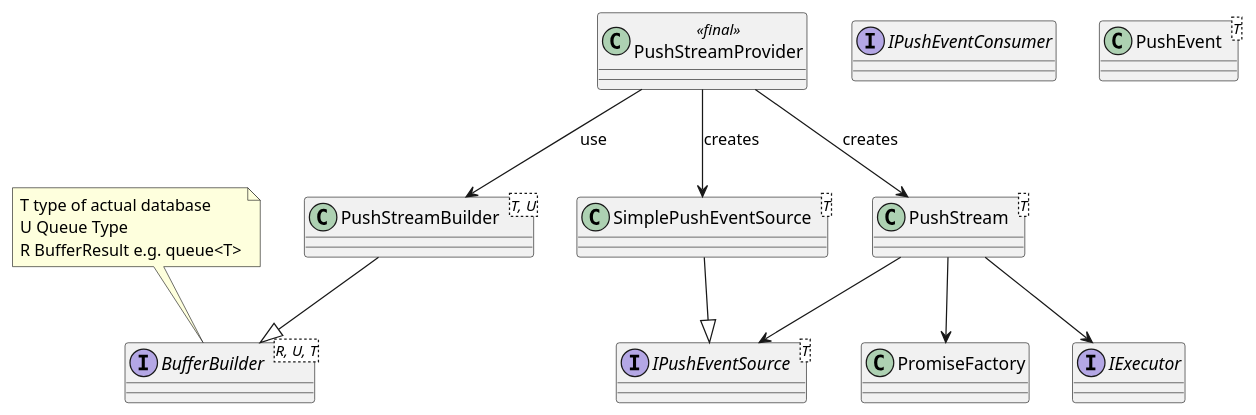
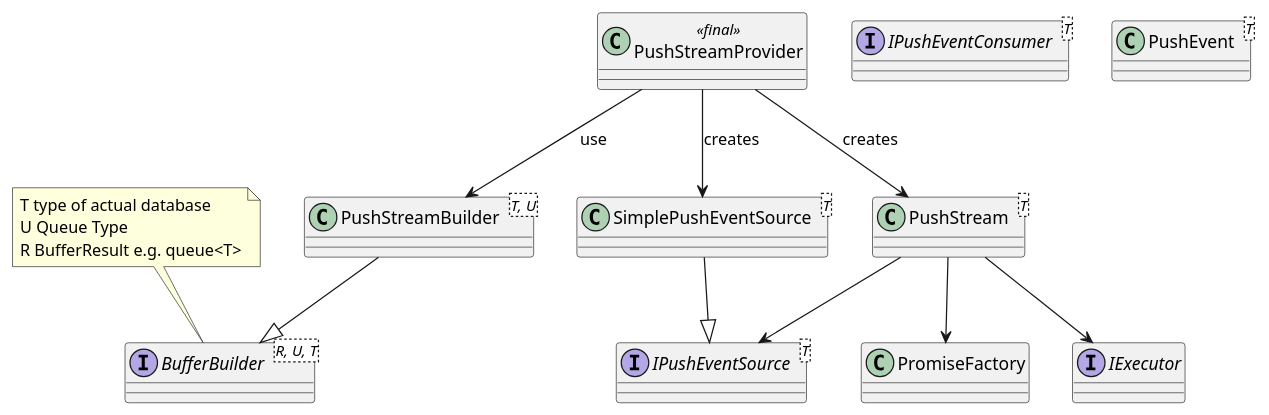
The diagram in libs/pushstreams/docs/_classes.pu (apache/celix), drawn with PlantUML before and after one commit. The commit also changed 3 other files, not shown here.

```diff
--- a/libs/pushstreams/docs/_classes.pu
+++ b/libs/pushstreams/docs/_classes.pu
@@ -1,36 +1,34 @@
 @startuml
 
 interface BufferBuilder<R, U, T>
 note top
     T type of actual database
     U Queue Type
     R BufferResult e.g. queue<T>
 end note
 
-interface IPushEventConsumer
+interface IPushEventConsumer<T>
 interface IPushEventSource<T>
 interface IExecutor
 
 class PromiseFactory
 
 class PushEvent<T>
 class PushStream<T> 
 class PushStreamBuilder<T, U>
 class PushStreamProvider <<final>>
 class SimplePushEventSource<T>
-
-class PromiseFactory
 
 SimplePushEventSource --|> IPushEventSource
 
 PushStream --> PromiseFactory
 PushStream --> IPushEventSource
 PushStream --> IExecutor
 
 PushStreamProvider --> PushStream : creates
 PushStreamProvider --> SimplePushEventSource : creates
 PushStreamProvider --> PushStreamBuilder : use
 
 PushStreamBuilder --|> BufferBuilder
 
 @enduml
```
